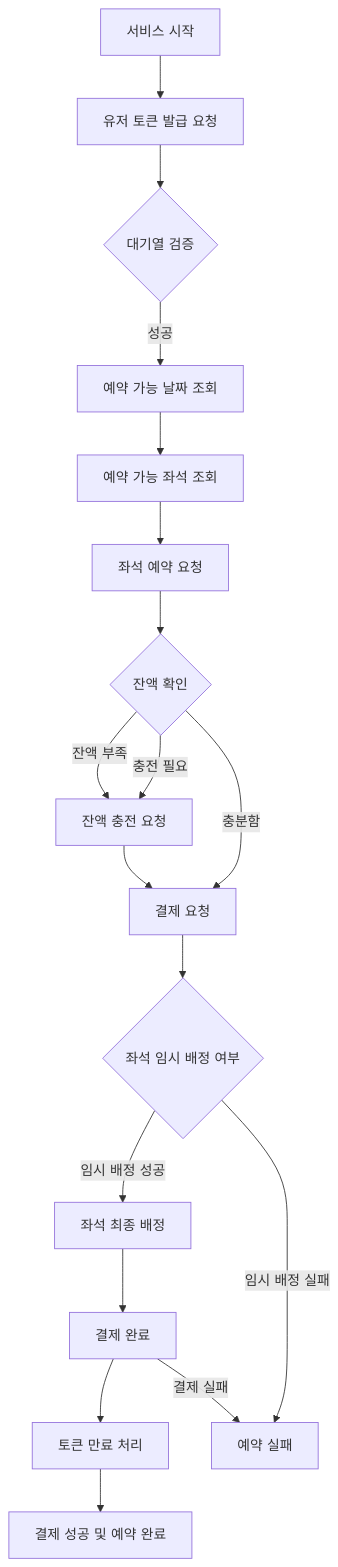
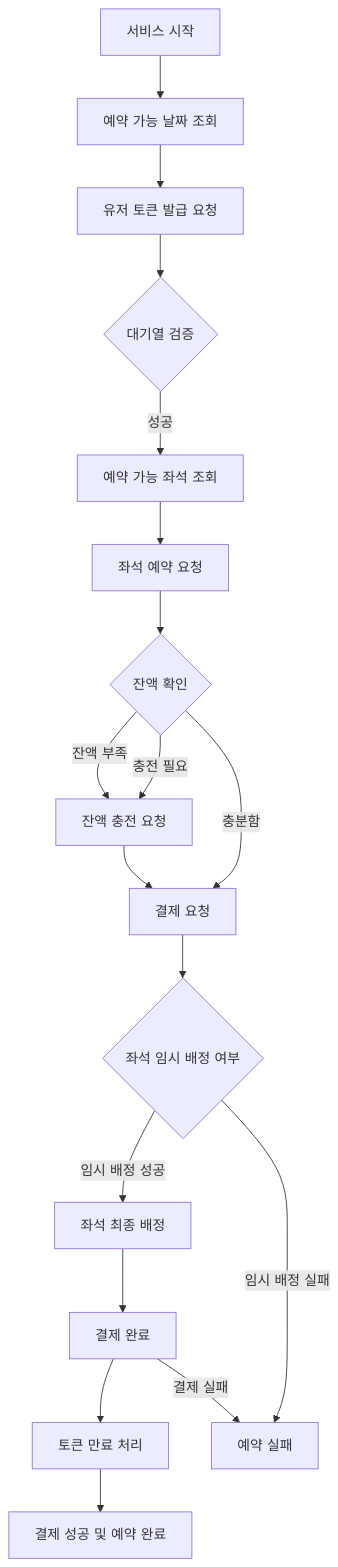
One commit to fatallinverno/hhplus-concert-reservation changed the third of 3 diagrams in README.md. Above: the diagram before and after it, drawn with Mermaid. The commit also changed other lines of this file, not shown here.

Commit message:
시퀀스 다이어그램, 플로우 차트 수정

````diff
--- a/README.md
+++ b/README.md
@@ -55,21 +56,21 @@
 ```mermaid
 flowchart TD
-    A[서비스 시작] --> B[유저 토큰 발급 요청]
-    B --> C{대기열 검증}
-    C -->|성공| D[예약 가능 날짜 조회]
-    D --> E[예약 가능 좌석 조회]
+    A[서비스 시작] --> B[예약 가능 날짜 조회]
+    B --> C[유저 토큰 발급 요청]
+    C --> D{대기열 검증}
+    D -->|성공| E[예약 가능 좌석 조회]
     E --> F[좌석 예약 요청]
     F --> G{잔액 확인}
     G -->|충전 필요| H[잔액 충전 요청]
     G -->|충분함| I[결제 요청]
     I --> J{좌석 임시 배정 여부}
     J -->|임시 배정 성공| K[좌석 최종 배정]
     K --> L[결제 완료]
     L --> M[토큰 만료 처리]
     M --> N[결제 성공 및 예약 완료]
     
     G -->|잔액 부족| H
     H --> I
     J -->|임시 배정 실패| X[예약 실패]
     L -->|결제 실패| X
 ```
````
